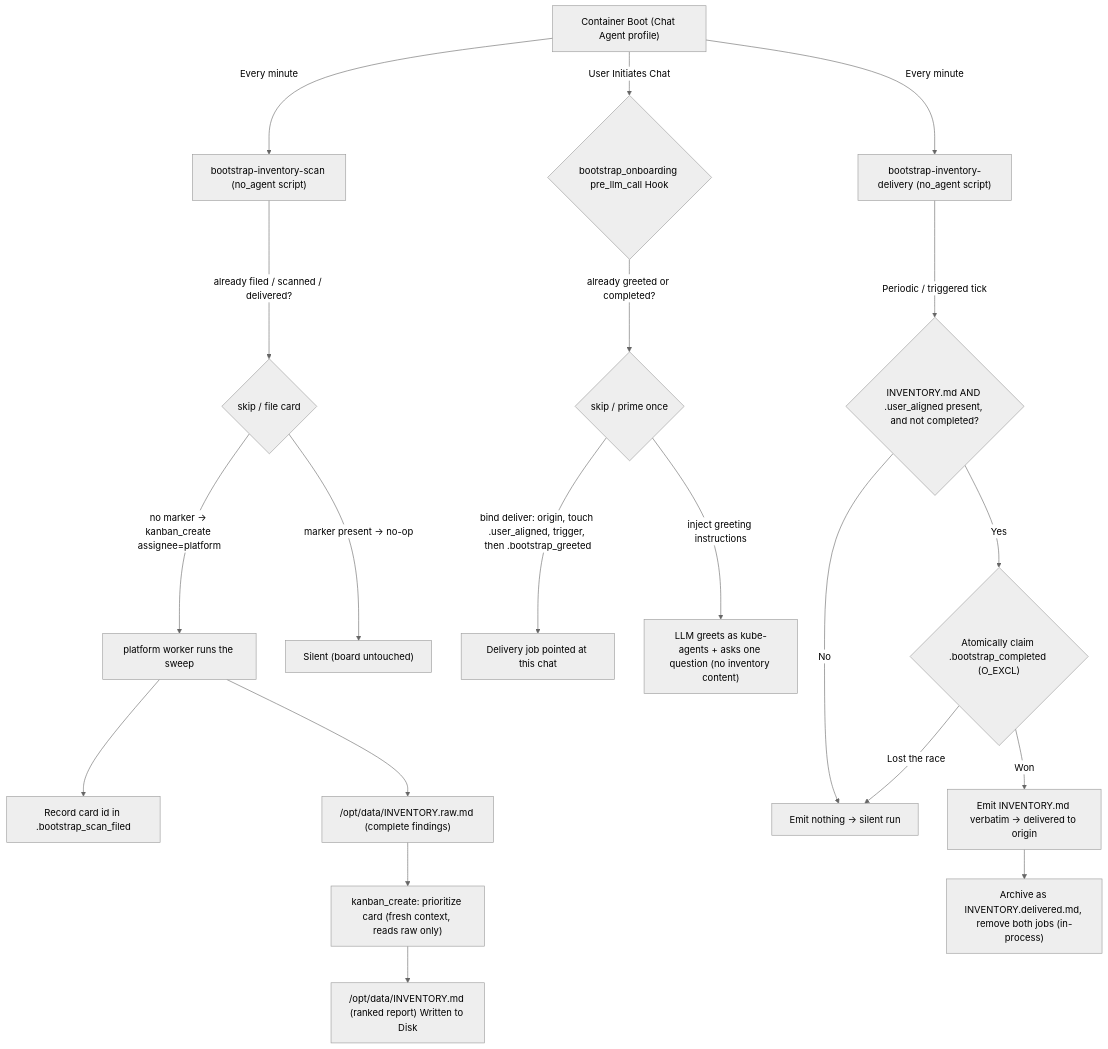
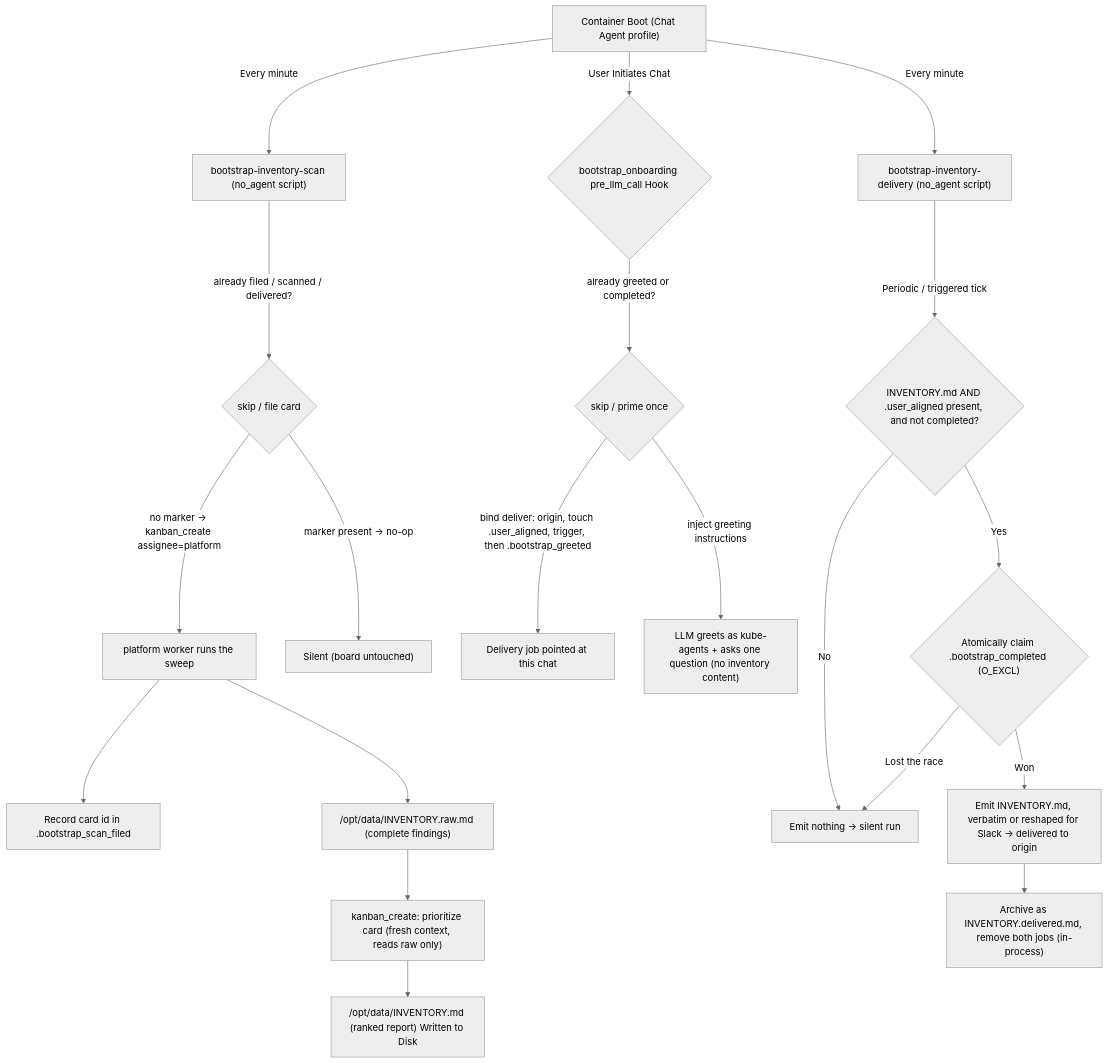
Before and after one commit to jayantid/kube-agents: the first of 3 diagrams in agents/chat/defaults/plugins/bootstrap_onboarding/README.md, drawn with Mermaid (neutral theme). The commit also changed other lines of this file and 9 other files, not shown here.

Commit message:
feat(onboarding): deliver the first inventory report as a laid-out Slack message

````diff
--- a/agents/chat/defaults/plugins/bootstrap_onboarding/README.md
+++ b/agents/chat/defaults/plugins/bootstrap_onboarding/README.md
@@ -49,25 +49,25 @@
 ```mermaid
 graph TD
     A["Container Boot (Chat Agent profile)"] -->|Every minute| B["bootstrap-inventory-scan (no_agent script)"]
     A -->|Every minute| C["bootstrap-inventory-delivery (no_agent script)"]
     A -->|User Initiates Chat| D{"bootstrap_onboarding pre_llm_call Hook"}
 
     B -->|already filed / scanned / delivered?| B2{"skip / file card"}
     B2 -->|no marker -> kanban_create assignee=platform| P["platform worker runs the sweep"]
     P --> PM["Record card id in .bootstrap_scan_filed"]
     P --> R["/opt/data/INVENTORY.raw.md (complete findings)"]
     R --> Q["kanban_create: prioritize card (fresh context, reads raw only)"]
     Q --> E["/opt/data/INVENTORY.md (ranked report) Written to Disk"]
     B2 -->|marker present -> no-op| F["Silent (board untouched)"]
 
     D -->|already greeted or completed?| DG{"skip / prime once"}
     DG -->|bind deliver: origin, touch .user_aligned, trigger, then .bootstrap_greeted| G["Delivery job pointed at this chat"]
     DG -->|inject greeting instructions| H["LLM greets as kube-agents + asks one question (no inventory content)"]
 
     C -->|Periodic / triggered tick| I{"INVENTORY.md AND .user_aligned present, and not completed?"}
     I -->|No| J["Emit nothing -> silent run"]
     I -->|Yes| CL{"Atomically claim .bootstrap_completed (O_EXCL)"}
     CL -->|Lost the race| J
-    CL -->|Won| K["Emit INVENTORY.md verbatim -> delivered to origin"]
+    CL -->|Won| K["Emit INVENTORY.md, verbatim or reshaped for Slack -> delivered to origin"]
     K --> L["Archive as INVENTORY.delivered.md, remove both jobs (in-process)"]
 ```
````
